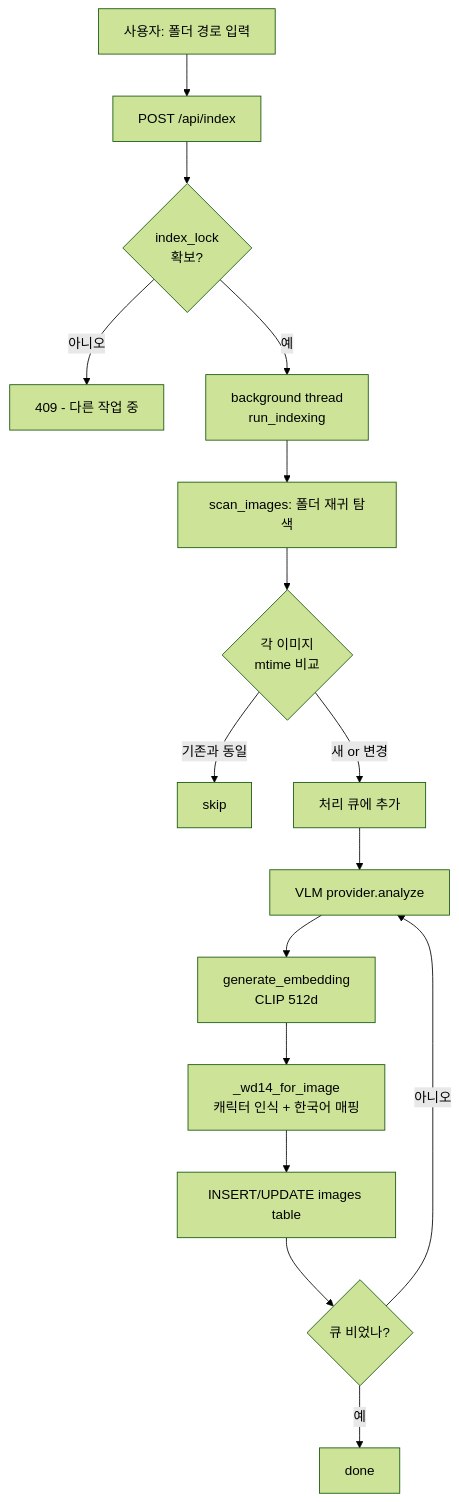
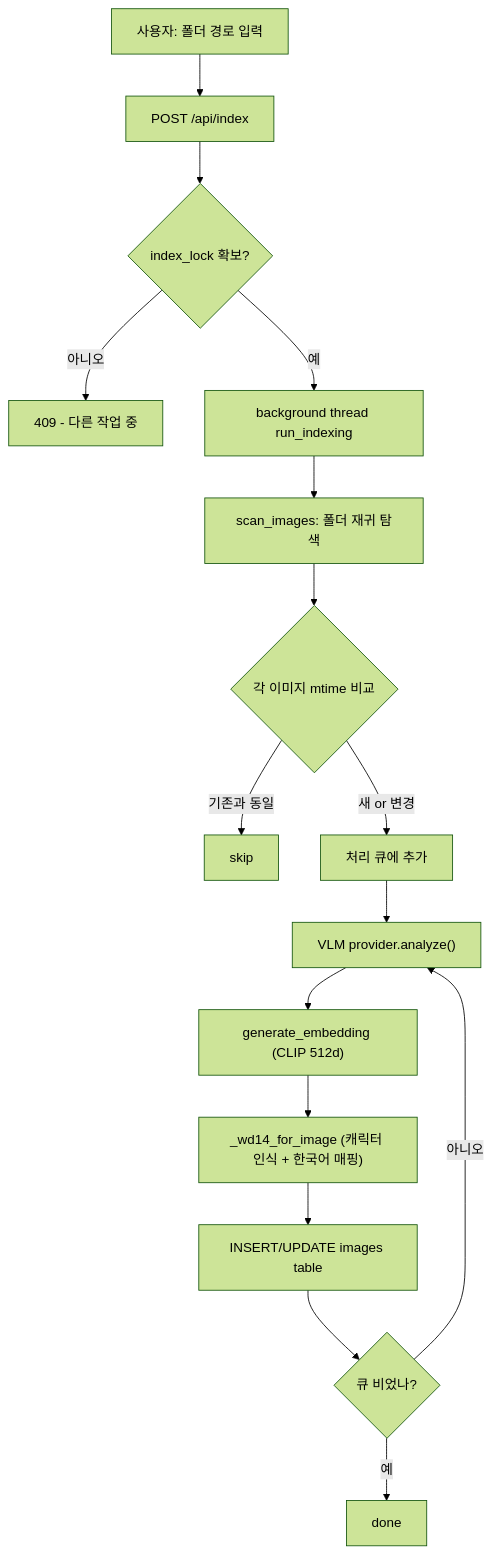
The first of 4 diagrams in README.md (vanillapapaya/Taggu), drawn with Mermaid (forest theme) before and after one commit. The commit also changed other lines of this file, not shown here.

First line of the commit message:
fix(docs): Mermaid 다이어그램이 GitHub에서 렌더링 실패하던 문제

````diff
--- a/README.md
+++ b/README.md
@@ -202,18 +202,18 @@
 ```mermaid
 flowchart TD
-    A[사용자: 폴더 경로 입력] --> B[POST /api/index]
-    B --> C{index_lock<br/>확보?}
-    C -->|아니오| D[409 - 다른 작업 중]
-    C -->|예| E[background thread<br/>run_indexing]
-    E --> F[scan_images: 폴더 재귀 탐색]
-    F --> G{각 이미지<br/>mtime 비교}
+    A["사용자: 폴더 경로 입력"] --> B["POST /api/index"]
+    B --> C{"index_lock 확보?"}
+    C -->|아니오| D["409 - 다른 작업 중"]
+    C -->|예| E["background thread run_indexing"]
+    E --> F["scan_images: 폴더 재귀 탐색"]
+    F --> G{"각 이미지 mtime 비교"}
     G -->|기존과 동일| H[skip]
-    G -->|새 or 변경| I[처리 큐에 추가]
-    I --> J[VLM provider.analyze]
-    J --> K[generate_embedding<br/>CLIP 512d]
-    K --> L[_wd14_for_image<br/>캐릭터 인식 + 한국어 매핑]
-    L --> M[INSERT/UPDATE images table]
-    M --> N{큐 비었나?}
+    G -->|새 or 변경| I["처리 큐에 추가"]
+    I --> J["VLM provider.analyze()"]
+    J --> K["generate_embedding (CLIP 512d)"]
+    K --> L["_wd14_for_image (캐릭터 인식 + 한국어 매핑)"]
+    L --> M["INSERT/UPDATE images table"]
+    M --> N{"큐 비었나?"}
     N -->|아니오| J
     N -->|예| O[done]
 ```
````
